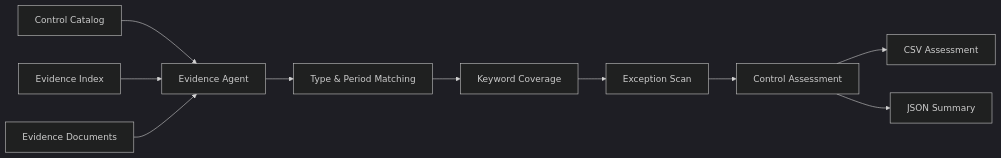
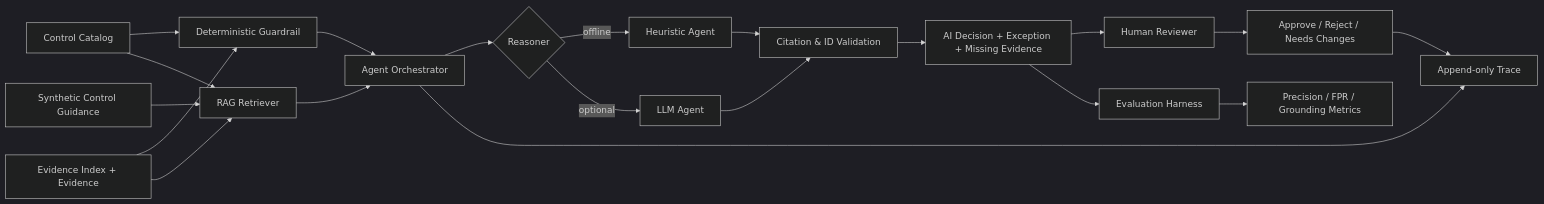
Before and after one commit to seoyeonglee/audit-evidence-agent: the diagram in docs/architecture.md, drawn with Mermaid (dark theme). The commit also changed other lines of this file and 15 other files, not shown here.

First line of the commit message:
Upgrade audit evidence agent with RAG, HITL, evaluation, and traceability

````diff
--- a/docs/architecture.md
+++ b/docs/architecture.md
@@ -3,12 +7,22 @@
 ```mermaid
 flowchart LR
-    A[Control Catalog] --> D[Evidence Agent]
-    B[Evidence Index] --> D
-    C[Evidence Documents] --> D
-    D --> E[Type & Period Matching]
-    E --> F[Keyword Coverage]
-    F --> G[Exception Scan]
-    G --> H[Control Assessment]
-    H --> I[CSV Assessment]
-    H --> J[JSON Summary]
+    A[Control Catalog] --> G[Deterministic Guardrail]
+    B[Evidence Index + Evidence] --> G
+    C[Synthetic Control Guidance] --> R[RAG Retriever]
+    A --> R
+    B --> R
+    G --> X[Agent Orchestrator]
+    R --> X
+    X --> L{Reasoner}
+    L -->|offline| H[Heuristic Agent]
+    L -->|optional| O[LLM Agent]
+    H --> V[Citation & ID Validation]
+    O --> V
+    V --> D[AI Decision + Exception + Missing Evidence]
+    D --> U[Human Reviewer]
+    U --> F[Approve / Reject / Needs Changes]
+    X --> T[Append-only Trace]
+    F --> T
+    D --> E[Evaluation Harness]
+    E --> M[Precision / FPR / Grounding Metrics]
 ```
````
